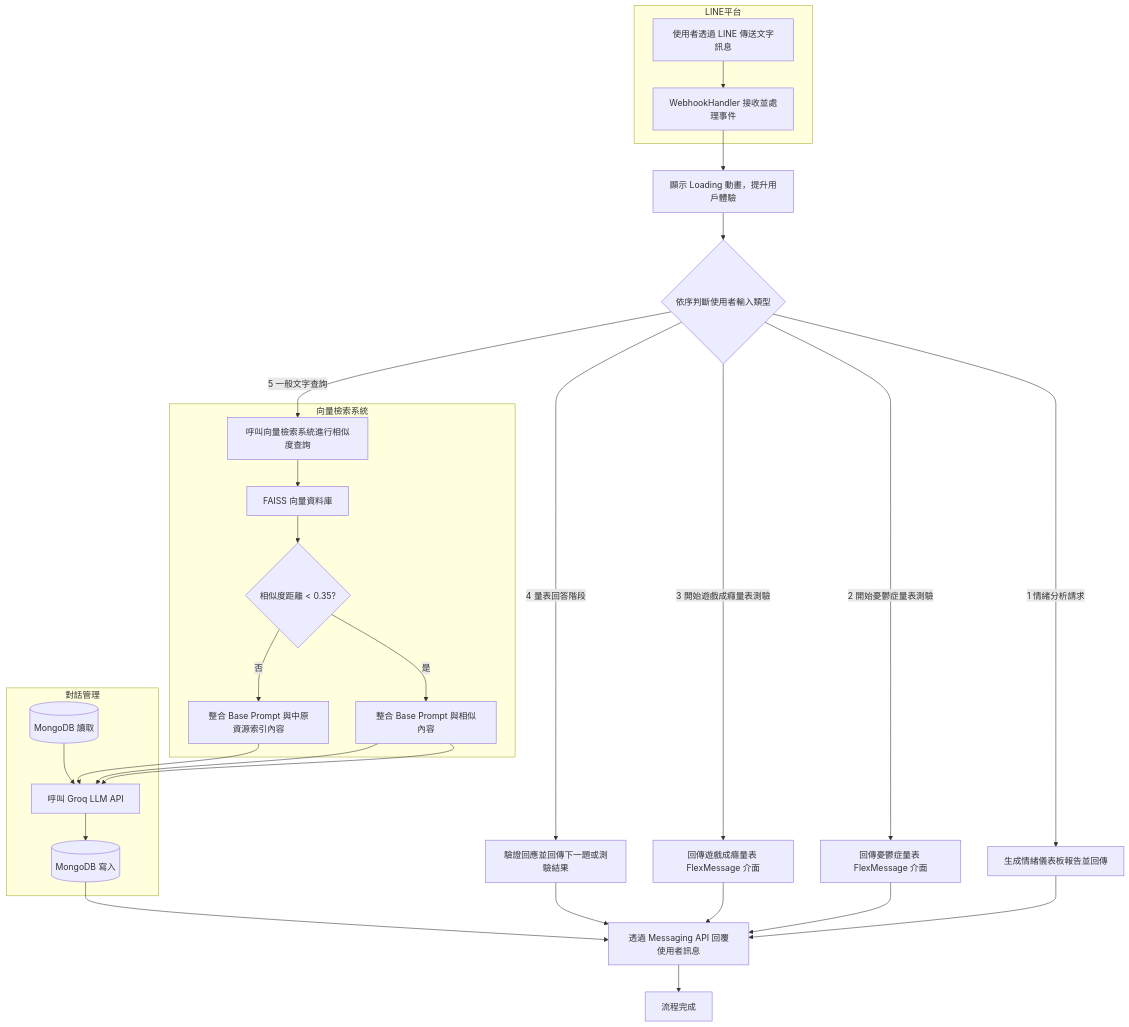
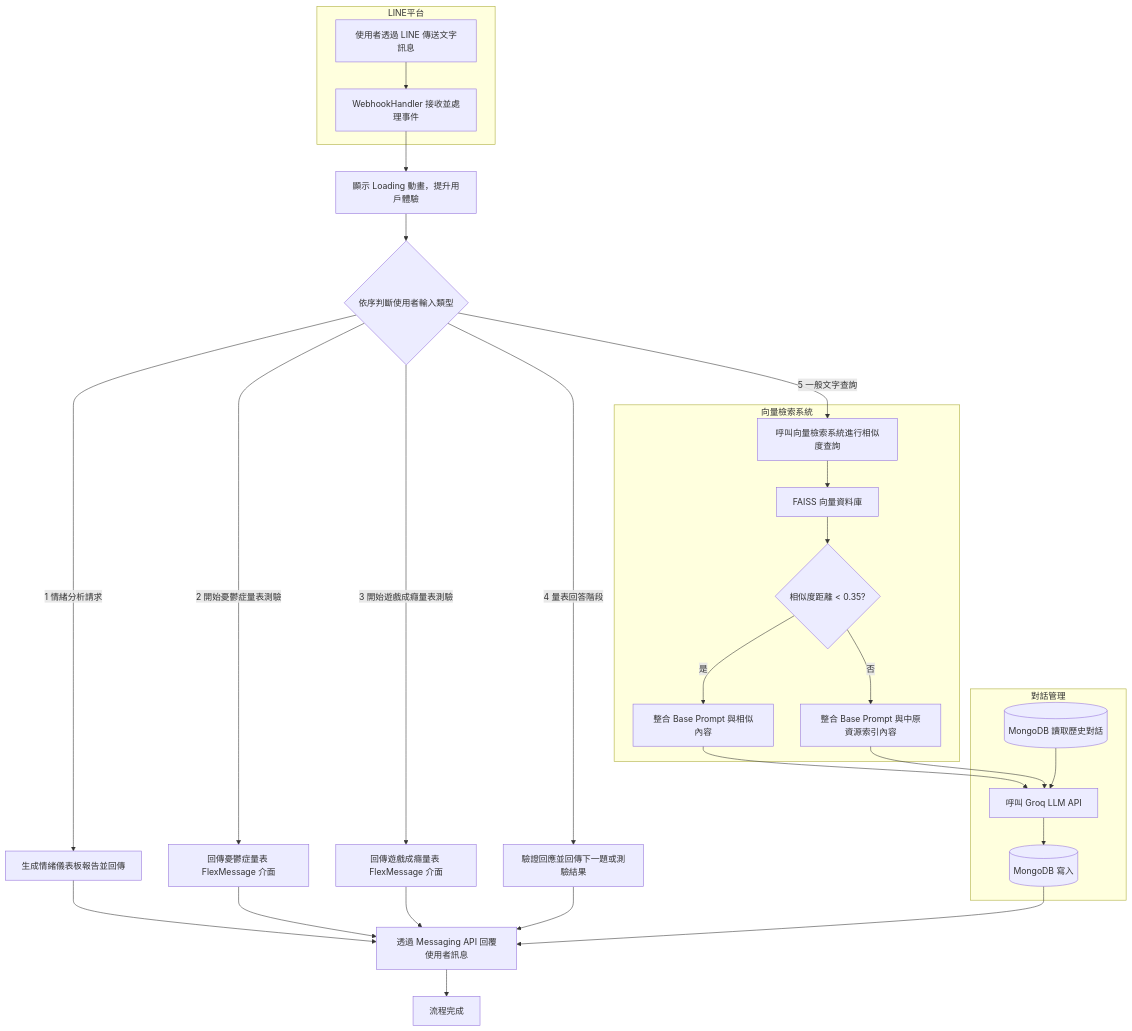
One commit to aurorajojo/line_app changed the diagram in README.md. Above: the diagram before and after it, drawn with Mermaid.

````diff
--- a/README.md
+++ b/README.md
@@ -3,46 +3,46 @@
 ```mermaid
 flowchart TD
     subgraph LINE平台
         A[使用者透過 LINE 傳送文字訊息] --> B[WebhookHandler 接收並處理事件]
     end
 
     B --> C[顯示 Loading 動畫，提升用戶體驗]
 
     C --> D{依序判斷使用者輸入類型}
 
     D -->|1 情緒分析請求| E[生成情緒儀表板報告並回傳]
     E --> O1
 
     D -->|2 開始憂鬱症量表測驗| F[回傳憂鬱症量表 FlexMessage 介面]
     F --> O1
 
     D -->|3 開始遊戲成癮量表測驗| G[回傳遊戲成癮量表 FlexMessage 介面]
     G --> O1
 
     D -->|4 量表回答階段| H[驗證回應並回傳下一題或測驗結果]
     H --> O1
 
     D -->|5 一般文字查詢| I[呼叫向量檢索系統進行相似度查詢]
 
     subgraph 向量檢索系統
         I --> V1[FAISS 向量資料庫]
         V1 --> Q{相似度距離 < 0.35?}
         Q -->|是| J[整合 Base Prompt 與相似內容]
         Q -->|否| R[整合 Base Prompt 與中原資源索引內容]
     end
 
     subgraph 對話管理
         J --> L[呼叫 Groq LLM API]
         R --> L
-        MDB_Read[(MongoDB 讀取)]
+        MDB_Read[(MongoDB 讀取歷史對話)]
         MDB_Write[(MongoDB 寫入)]
 
-        J --> L[呼叫 Groq LLM API]
+
         MDB_Read --> L
         L --> MDB_Write
         
     end
     MDB_Write --> O1
     O1[透過 Messaging API 回覆使用者訊息] --> Z[流程完成]
 
 ```
````
